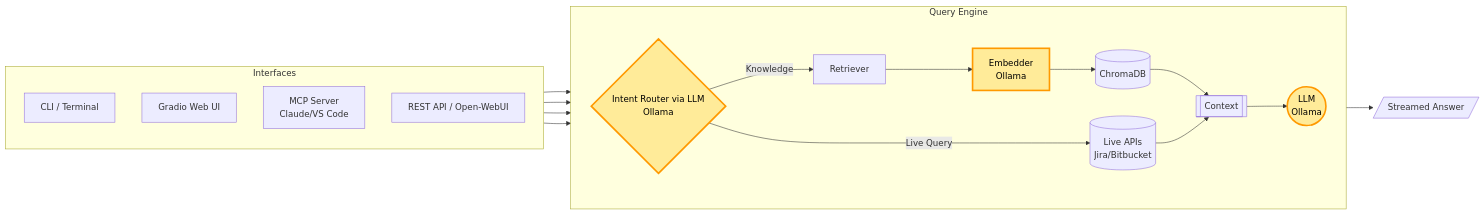
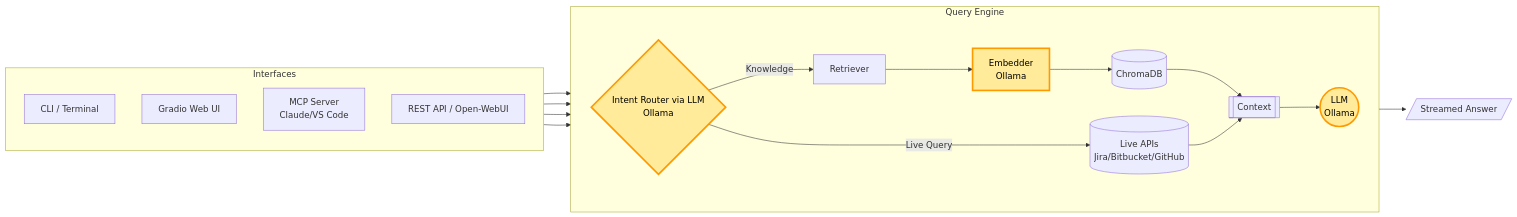
The second of 2 diagrams in docs/architecture.md (r-xue/ragdoll), drawn with Mermaid before and after one commit. The commit also changed other lines of this file and 9 other files, not shown here.

````diff
--- a/docs/architecture.md
+++ b/docs/architecture.md
@@ -42,36 +42,36 @@
 ```{mermaid}
 graph LR
     classDef ai fill:#ffeb99,stroke:#ff9900,stroke-width:3px,color:#000;
 
     subgraph Interfaces
         direction TB
         CLI[CLI / Terminal]
         WEB[Gradio Web UI]
         MCP[MCP Server<br/>Claude/VS Code]
         API[REST API / Open-WebUI]
     end
 
     subgraph Query Engine
         direction LR
         ROUTER{Intent Router via LLM<br/>Ollama}
         RET[Retriever]
         EMB[Embedder<br/>Ollama]
         DB[(ChromaDB)]
-        LIVE[(Live APIs<br/>Jira/Bitbucket)]
+        LIVE[(Live APIs<br/>Jira/Bitbucket/GitHub)]
         CTX[[Context]]
         LLM((LLM<br/>Ollama))
     end
 
     CLI --> ROUTER
     WEB --> ROUTER
     MCP --> ROUTER
     API --> ROUTER
 
     ROUTER -->|Knowledge| RET
     RET --> EMB --> DB --> CTX
     ROUTER -->|Live Query| LIVE --> CTX
 
     CTX --> LLM --> OUT[/Streamed Answer/]
 
     class EMB,LLM,ROUTER ai;
 ```
````
